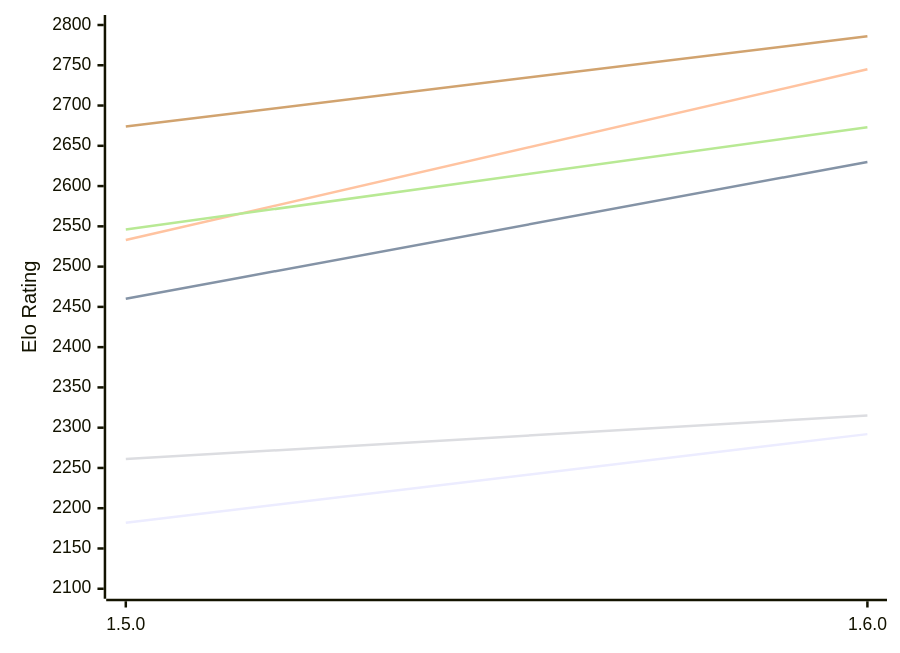
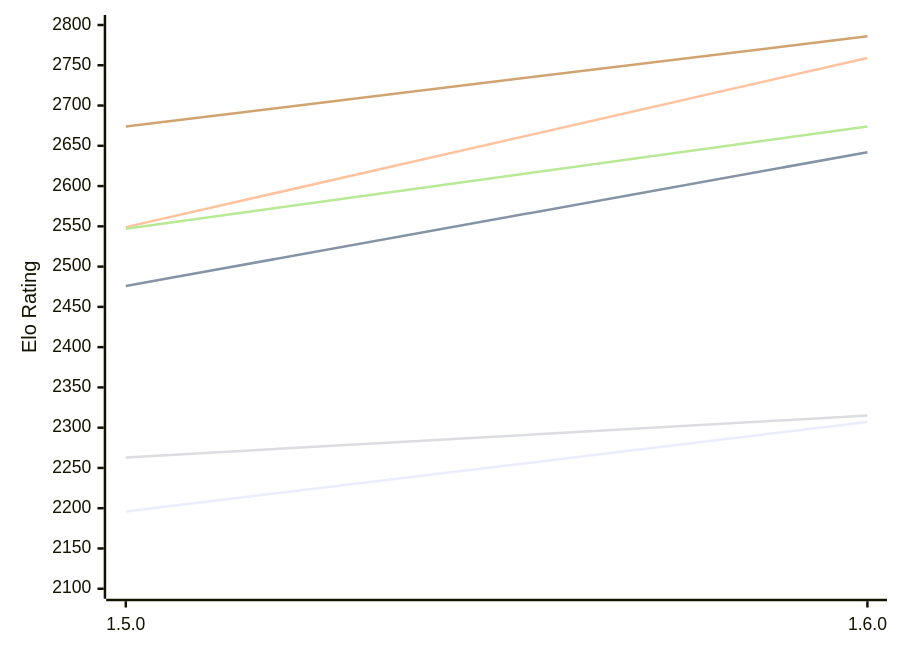
Before and after one commit to computer-chess-index/cci: the first of 2 diagrams in engines/Tofiks.md, drawn with Mermaid. The commit also changed other lines of this file, not shown here.

Commit message:
Update CCI Ratings (ELO VLTC) - 2026-11-11

````diff
--- a/engines/Tofiks.md
+++ b/engines/Tofiks.md
@@ -51,12 +51,12 @@
 ```mermaid
 %%{init: {"theme":"base","themeVariables":{"seriesColors:['#a3a3a3','#222221','#faa371']}}}%%
 xychart-beta
   x-axis ["1.5.0", "1.6.0"]
   y-axis "Elo Rating" 2100 --> 2800
-  line "E1: STC (8.0+0.08s)" [2182, 2292]
-  line "E1: LTC (60.0+0.60s)" [2460, 2630]
-  line "E1: VLTC (2m24s+1.12s)" [2533, 2745]
-  line "P1: STC (8.0+0.08s)" [2261, 2315]
-  line "P1: LTC (60.0+0.60s)" [2546, 2673]
+  line "E1: STC (8.0+0.08s)" [2196, 2307]
+  line "E1: LTC (60.0+0.60s)" [2476, 2642]
+  line "E1: VLTC (2m24s+1.12s)" [2549, 2759]
+  line "P1: STC (8.0+0.08s)" [2263, 2315]
+  line "P1: LTC (60.0+0.60s)" [2547, 2674]
   line "P1: VLTC (2m24s+1.12s)" [2674, 2786]
 ```
````
